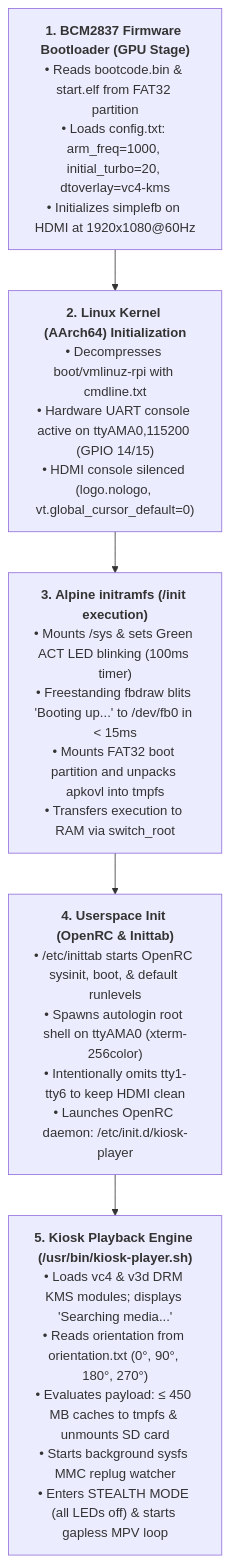
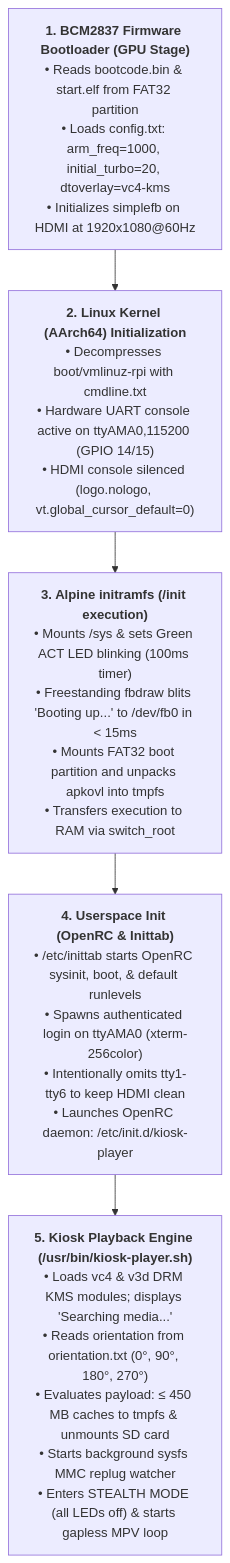
Before and after one commit to Segilmez06/rpi3-videokiosk: the second of 2 diagrams in docs/architecture.md, drawn with Mermaid. The commit also changed 22 other files, not shown here.

Commit message:
fix(security): resolve SEC-01 - enforce authenticated UART console login with dynamic password override

````diff
--- a/docs/architecture.md
+++ b/docs/architecture.md
@@ -70,8 +70,8 @@
 ```mermaid
 flowchart TD
     S1["<b>1. BCM2837 Firmware Bootloader (GPU Stage)</b><br/>• Reads bootcode.bin & start.elf from FAT32 partition<br/>• Loads config.txt: arm_freq=1000, initial_turbo=20, dtoverlay=vc4-kms<br/>• Initializes simplefb on HDMI at 1920x1080@60Hz"]
     --> S2["<b>2. Linux Kernel (AArch64) Initialization</b><br/>• Decompresses boot/vmlinuz-rpi with cmdline.txt<br/>• Hardware UART console active on ttyAMA0,115200 (GPIO 14/15)<br/>• HDMI console silenced (logo.nologo, vt.global_cursor_default=0)"]
     --> S3["<b>3. Alpine initramfs (/init execution)</b><br/>• Mounts /sys & sets Green ACT LED blinking (100ms timer)<br/>• Freestanding fbdraw blits 'Booting up...' to /dev/fb0 in &lt; 15ms<br/>• Mounts FAT32 boot partition and unpacks apkovl into tmpfs<br/>• Transfers execution to RAM via switch_root"]
-    --> S4["<b>4. Userspace Init (OpenRC & Inittab)</b><br/>• /etc/inittab starts OpenRC sysinit, boot, & default runlevels<br/>• Spawns autologin root shell on ttyAMA0 (xterm-256color)<br/>• Intentionally omits tty1-tty6 to keep HDMI clean<br/>• Launches OpenRC daemon: /etc/init.d/kiosk-player"]
+    --> S4["<b>4. Userspace Init (OpenRC & Inittab)</b><br/>• /etc/inittab starts OpenRC sysinit, boot, & default runlevels<br/>• Spawns authenticated login on ttyAMA0 (xterm-256color)<br/>• Intentionally omits tty1-tty6 to keep HDMI clean<br/>• Launches OpenRC daemon: /etc/init.d/kiosk-player"]
     --> S5["<b>5. Kiosk Playback Engine (/usr/bin/kiosk-player.sh)</b><br/>• Loads vc4 & v3d DRM KMS modules; displays 'Searching media...'<br/>• Reads orientation from orientation.txt (0°, 90°, 180°, 270°)<br/>• Evaluates payload: &le; 450 MB caches to tmpfs & unmounts SD card<br/>• Starts background sysfs MMC replug watcher<br/>• Enters STEALTH MODE (all LEDs off) & starts gapless MPV loop"]
 ```
````
